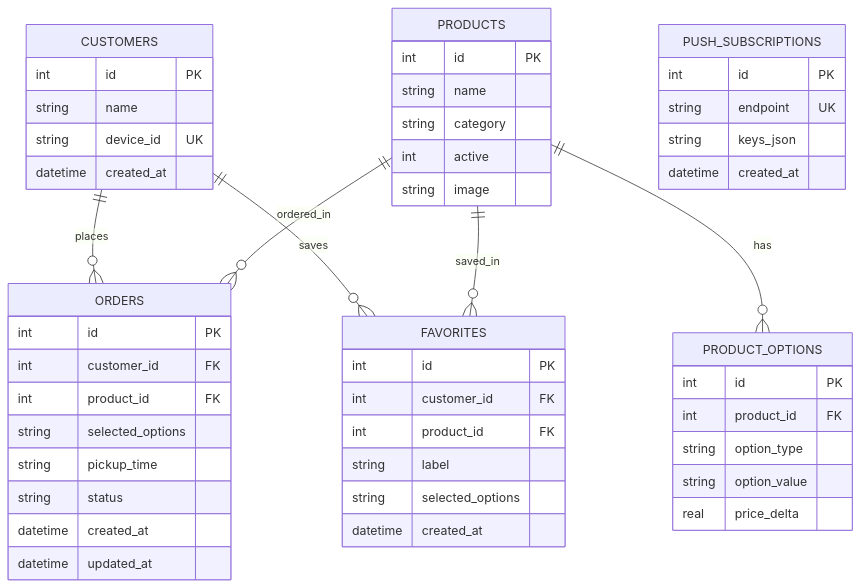
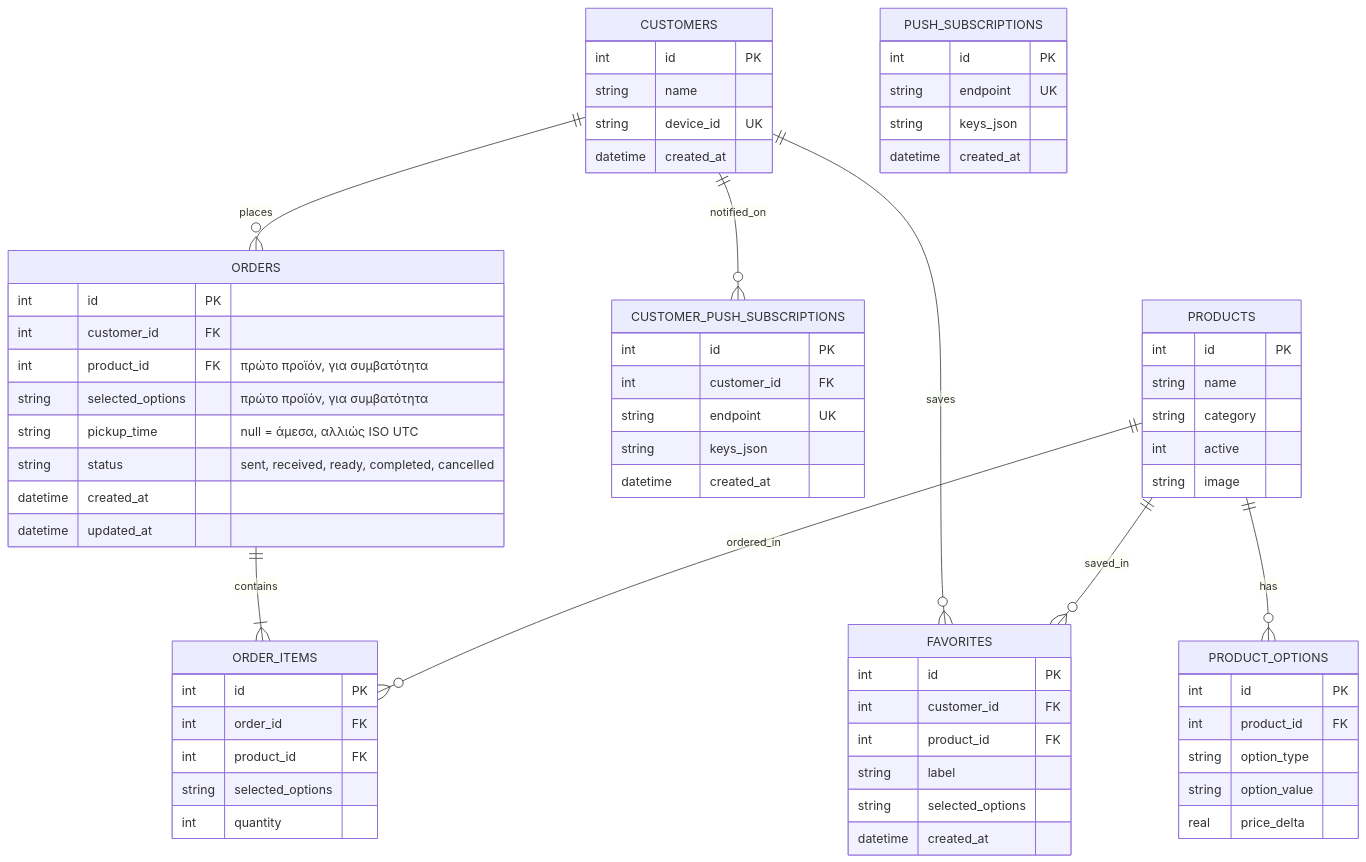
The second of 2 diagrams in docs/ARCHITECTURE.md (nkourouklis-dev/brunathens), drawn with Mermaid before and after one commit. The commit also changed other lines of this file and 11 other files, not shown here.

````diff
--- a/docs/ARCHITECTURE.md
+++ b/docs/ARCHITECTURE.md
@@ -94,53 +97,69 @@
 ```mermaid
 erDiagram
     CUSTOMERS ||--o{ ORDERS : places
     CUSTOMERS ||--o{ FAVORITES : saves
-    PRODUCTS ||--o{ ORDERS : ordered_in
+    CUSTOMERS ||--o{ CUSTOMER_PUSH_SUBSCRIPTIONS : notified_on
+    ORDERS ||--|{ ORDER_ITEMS : contains
+    PRODUCTS ||--o{ ORDER_ITEMS : ordered_in
     PRODUCTS ||--o{ FAVORITES : saved_in
     PRODUCTS ||--o{ PRODUCT_OPTIONS : has
 
     CUSTOMERS {
         int id PK
         string name
         string device_id UK
         datetime created_at
     }
     PRODUCTS {
         int id PK
         string name
         string category
         int active
         string image
     }
     PRODUCT_OPTIONS {
         int id PK
         int product_id FK
         string option_type
         string option_value
         real price_delta
     }
     ORDERS {
         int id PK
         int customer_id FK
+        int product_id FK "πρώτο προϊόν, για συμβατότητα"
+        string selected_options "πρώτο προϊόν, για συμβατότητα"
+        string pickup_time "null = άμεσα, αλλιώς ISO UTC"
+        string status "sent, received, ready, completed, cancelled"
+        datetime created_at
+        datetime updated_at
+    }
+    ORDER_ITEMS {
+        int id PK
+        int order_id FK
         int product_id FK
         string selected_options
-        string pickup_time
-        string status
-        datetime created_at
-        datetime updated_at
+        int quantity
     }
     FAVORITES {
         int id PK
         int customer_id FK
         int product_id FK
         string label
         string selected_options
         datetime created_at
     }
     PUSH_SUBSCRIPTIONS {
         int id PK
         string endpoint UK
         string keys_json
         datetime created_at
     }
+    CUSTOMER_PUSH_SUBSCRIPTIONS {
+        int id PK
+        int customer_id FK
+        string endpoint UK
+        string keys_json
+        datetime created_at
+    }
 ```
````
